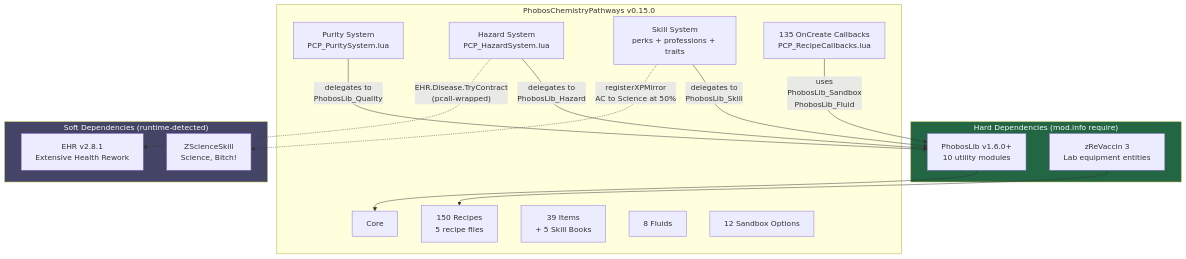
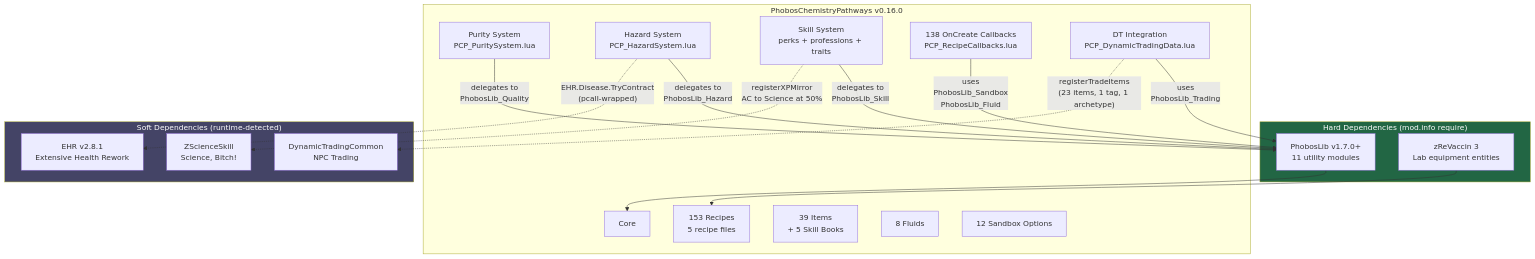
The first of 5 diagrams in docs/diagrams/architecture.md (phobos-dthorga/mod-pz-chemistry-pathways), drawn with Mermaid before and after one commit. The commit also changed other lines of this file and 14 other files, not shown here.

First line of the commit message:
feat: add fertilizer variants, tar torch, and Dynamic Trading integration (v0.16.0)

````diff
--- a/docs/diagrams/architecture.md
+++ b/docs/diagrams/architecture.md
@@ -7,38 +7,42 @@
 ```mermaid
 graph TB
     subgraph HARD["Hard Dependencies (mod.info require)"]
-        PL["PhobosLib v1.6.0+<br/>10 utility modules"]
+        PL["PhobosLib v1.7.0+<br/>11 utility modules"]
         ZR["zReVaccin 3<br/>Lab equipment entities"]
     end
 
-    subgraph PCP["PhobosChemistryPathways v0.15.0"]
+    subgraph PCP["PhobosChemistryPathways v0.16.0"]
         CORE["Core"]
-        REC["150 Recipes<br/>5 recipe files"]
+        REC["153 Recipes<br/>5 recipe files"]
         ITEMS["39 Items<br/>+ 5 Skill Books"]
         FLUIDS["8 Fluids"]
         SB["12 Sandbox Options"]
         PURITY["Purity System<br/>PCP_PuritySystem.lua"]
         HAZARD["Hazard System<br/>PCP_HazardSystem.lua"]
         SKILL["Skill System<br/>perks + professions + traits"]
-        CALLBACKS["135 OnCreate Callbacks<br/>PCP_RecipeCallbacks.lua"]
+        CALLBACKS["138 OnCreate Callbacks<br/>PCP_RecipeCallbacks.lua"]
+        TRADING["DT Integration<br/>PCP_DynamicTradingData.lua"]
     end
 
     subgraph SOFT["Soft Dependencies (runtime-detected)"]
         ZSS["ZScienceSkill<br/>Science, Bitch!"]
         EHR["EHR v2.8.1<br/>Extensive Health Rework"]
+        DT["DynamicTradingCommon<br/>NPC Trading"]
     end
 
     PL --> CORE
     ZR --> REC
 
     PURITY -->|"delegates to<br/>PhobosLib_Quality"| PL
     HAZARD -->|"delegates to<br/>PhobosLib_Hazard"| PL
     SKILL -->|"delegates to<br/>PhobosLib_Skill"| PL
     CALLBACKS -->|"uses<br/>PhobosLib_Sandbox<br/>PhobosLib_Fluid"| PL
+    TRADING -->|"uses<br/>PhobosLib_Trading"| PL
 
     HAZARD -.->|"EHR.Disease.TryContract<br/>(pcall-wrapped)"| EHR
     SKILL -.->|"registerXPMirror<br/>AC to Science at 50%"| ZSS
+    TRADING -.->|"registerTradeItems<br/>(23 items, 1 tag, 1 archetype)"| DT
 
     style HARD fill:#264,color:#fff
     style SOFT fill:#446,color:#fff
 ```
````
